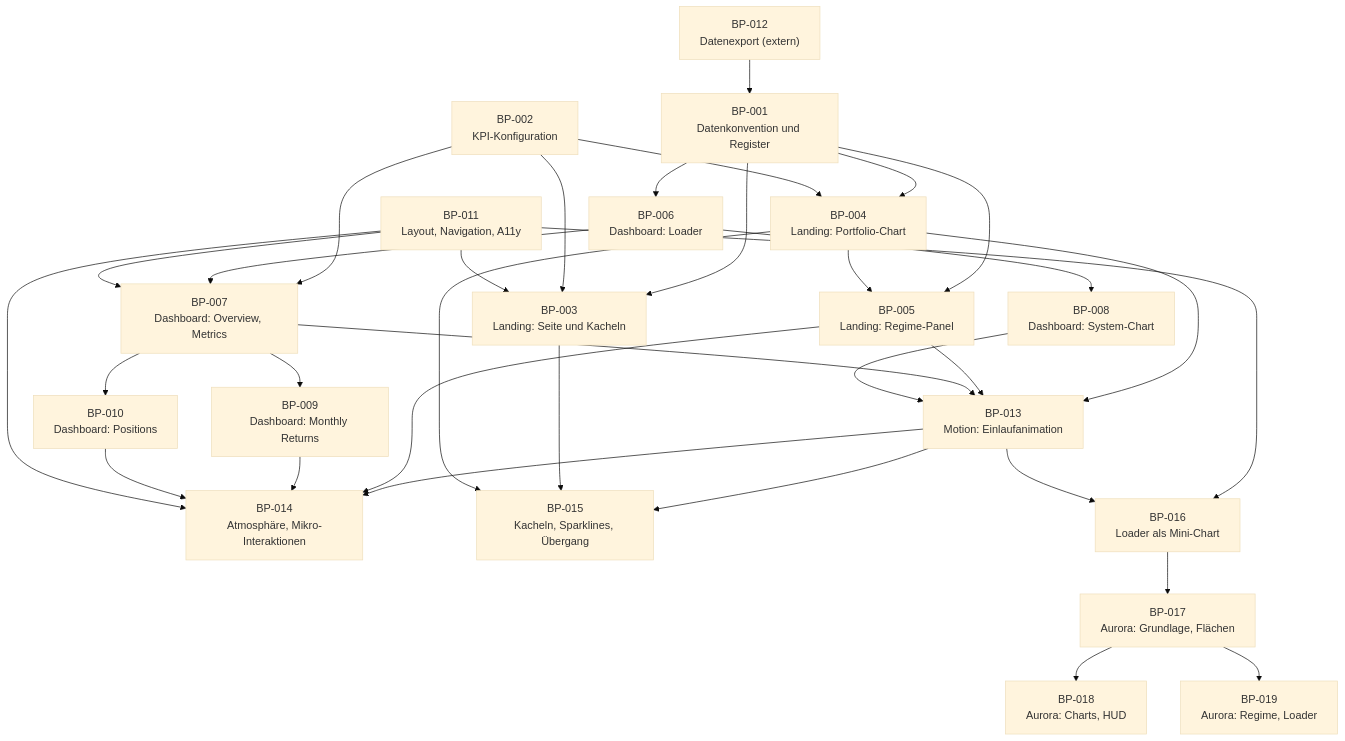
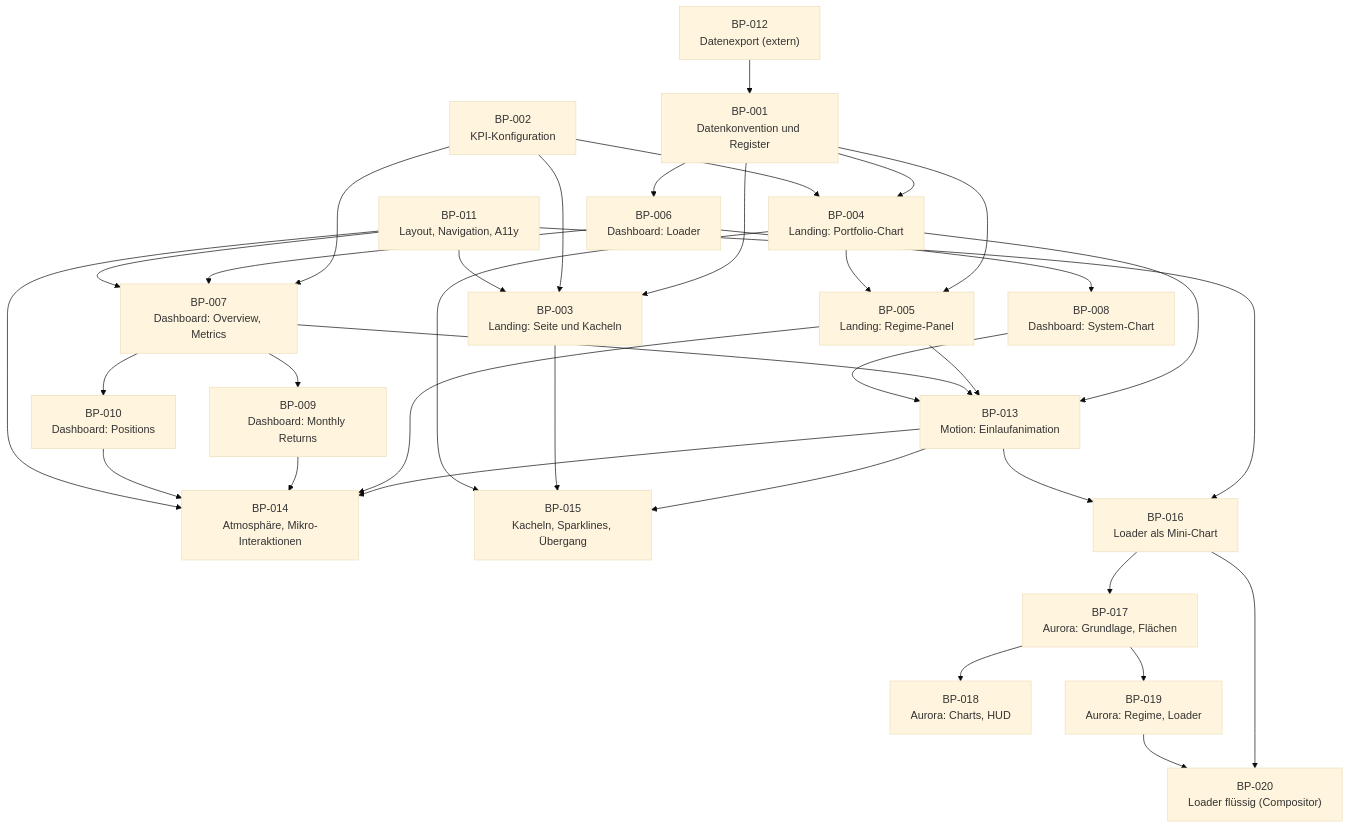
One commit to github-ascnet/WL-Trading-Systems-Overview changed the diagram in docs/sdd/build_plan.md. Above: the diagram before and after it, drawn with Mermaid (base theme). The commit also changed other lines of this file and 7 other files, not shown here.

First line of the commit message:
Make loader animation compositor-only so it stays smooth (BP-020)

````diff
--- a/docs/sdd/build_plan.md
+++ b/docs/sdd/build_plan.md
@@ -44,55 +44,58 @@
 ```mermaid
 flowchart TD
     BP001["BP-001<br/>Datenkonvention und Register"]
     BP002["BP-002<br/>KPI-Konfiguration"]
     BP003["BP-003<br/>Landing: Seite und Kacheln"]
     BP004["BP-004<br/>Landing: Portfolio-Chart"]
     BP005["BP-005<br/>Landing: Regime-Panel"]
     BP006["BP-006<br/>Dashboard: Loader"]
     BP007["BP-007<br/>Dashboard: Overview, Metrics"]
     BP008["BP-008<br/>Dashboard: System-Chart"]
     BP009["BP-009<br/>Dashboard: Monthly Returns"]
     BP010["BP-010<br/>Dashboard: Positions"]
     BP011["BP-011<br/>Layout, Navigation, A11y"]
     BP012["BP-012<br/>Datenexport (extern)"]
     BP013["BP-013<br/>Motion: Einlaufanimation"]
     BP014["BP-014<br/>Atmosphäre, Mikro-Interaktionen"]
     BP015["BP-015<br/>Kacheln, Sparklines, Übergang"]
     BP016["BP-016<br/>Loader als Mini-Chart"]
     BP017["BP-017<br/>Aurora: Grundlage, Flächen"]
     BP018["BP-018<br/>Aurora: Charts, HUD"]
     BP019["BP-019<br/>Aurora: Regime, Loader"]
+    BP020["BP-020<br/>Loader flüssig (Compositor)"]
 
     BP012 --> BP001
     BP001 --> BP003
     BP001 --> BP004
     BP001 --> BP005
     BP001 --> BP006
     BP002 --> BP003
     BP002 --> BP004
     BP002 --> BP007
     BP006 --> BP007
     BP007 --> BP009
     BP007 --> BP010
     BP006 --> BP008
     BP004 --> BP005
     BP011 --> BP003
     BP011 --> BP007
     BP004 --> BP013
     BP005 --> BP013
     BP007 --> BP013
     BP008 --> BP013
     BP013 --> BP014
     BP005 --> BP014
     BP009 --> BP014
     BP010 --> BP014
     BP011 --> BP014
     BP013 --> BP015
     BP003 --> BP015
     BP004 --> BP015
     BP011 --> BP016
     BP013 --> BP016
     BP016 --> BP017
     BP017 --> BP018
     BP017 --> BP019
+    BP016 --> BP020
+    BP019 --> BP020
 ```
````
